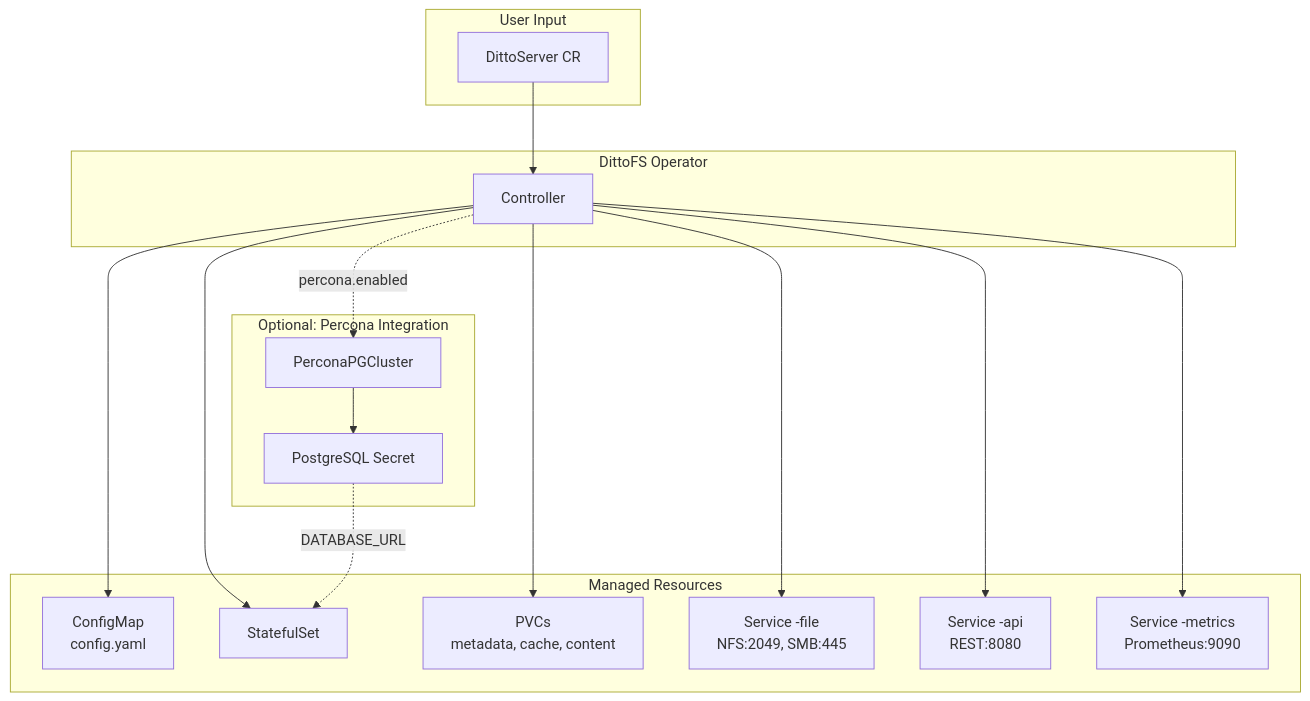
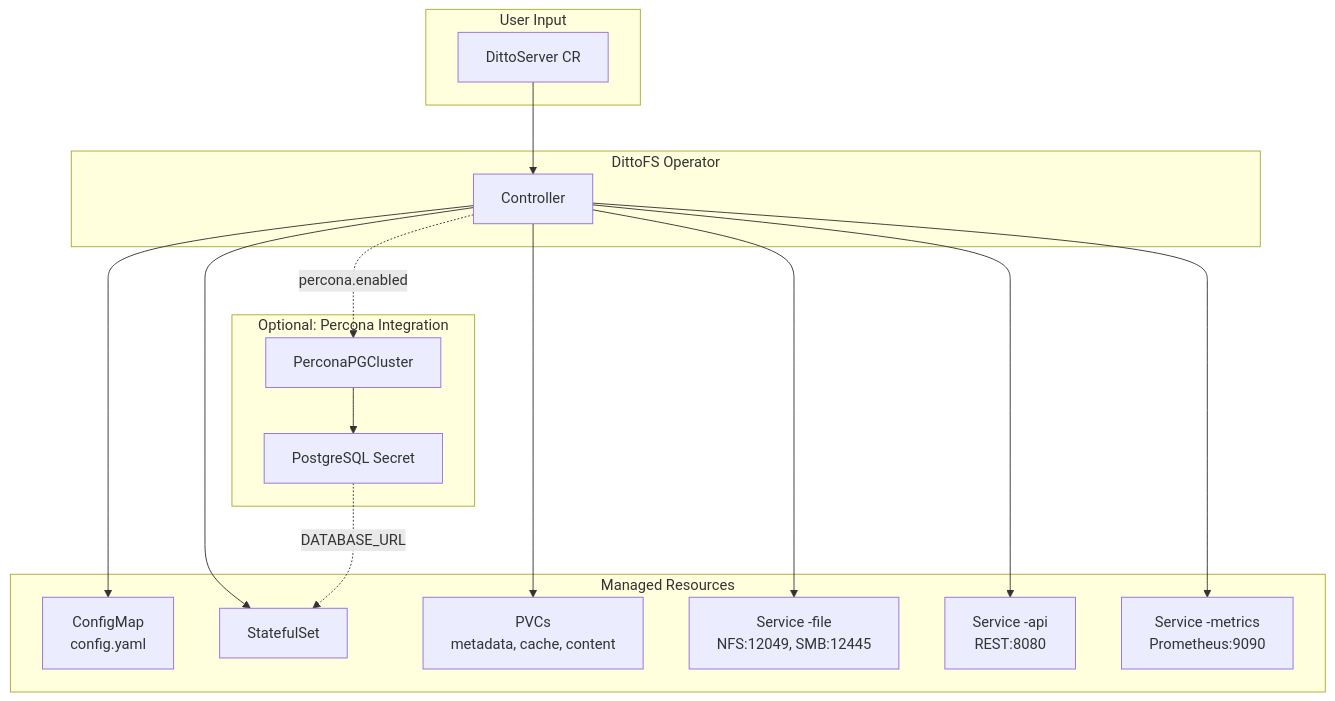
The diagram in k8s/dittofs-operator/README.md (marmos91/dittofs), drawn with Mermaid before and after one commit. The commit also changed other lines of this file and 37 other files, not shown here.

````diff
--- a/k8s/dittofs-operator/README.md
+++ b/k8s/dittofs-operator/README.md
@@ -11,35 +11,35 @@
 ```mermaid
 flowchart TB
     subgraph "User Input"
         CR[DittoServer CR]
     end
 
     subgraph "DittoFS Operator"
         CTRL[Controller]
     end
 
     subgraph "Managed Resources"
         CM[ConfigMap<br/>config.yaml]
         STS[StatefulSet]
         PVC[PVCs<br/>metadata, cache, content]
-        SVCF[Service -file<br/>NFS:2049, SMB:445]
+        SVCF[Service -file<br/>NFS:12049, SMB:12445]
         SVCA[Service -api<br/>REST:8080]
         SVCM[Service -metrics<br/>Prometheus:9090]
     end
 
     subgraph "Optional: Percona Integration"
         PG[PerconaPGCluster]
         PGSEC[PostgreSQL Secret]
     end
 
     CR --> CTRL
     CTRL --> CM
     CTRL --> STS
     CTRL --> PVC
     CTRL --> SVCF
     CTRL --> SVCA
     CTRL --> SVCM
     CTRL -.->|percona.enabled| PG
     PG --> PGSEC
     PGSEC -.->|DATABASE_URL| STS
 ```
````
